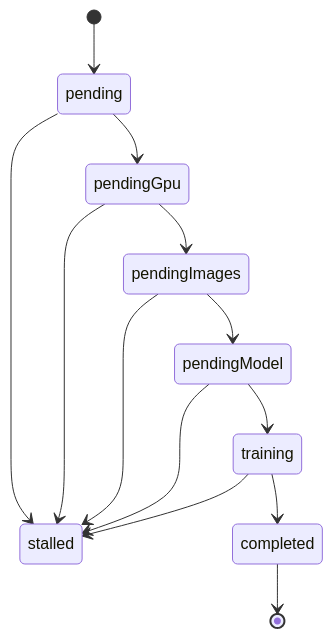
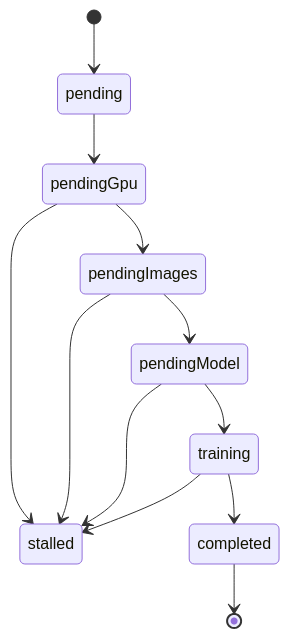
Before and after one commit to davecranwell/kohya-trainer: the second of 2 diagrams in README.md, drawn with Mermaid. The commit also changed other lines of this file and 17 other files, not shown here.

````diff
--- a/README.md
+++ b/README.md
@@ -34,15 +34,14 @@
 ```mermaid
 stateDiagram-v2
     [*] --> pending
-    pending --> stalled
     pending --> pendingGpu
     pendingGpu --> pendingImages
     pendingGpu --> stalled
     pendingImages --> pendingModel
     pendingImages --> stalled
     pendingModel --> training
     pendingModel --> stalled
     training --> completed
     training --> stalled
     completed --> [*]
 ```
````
